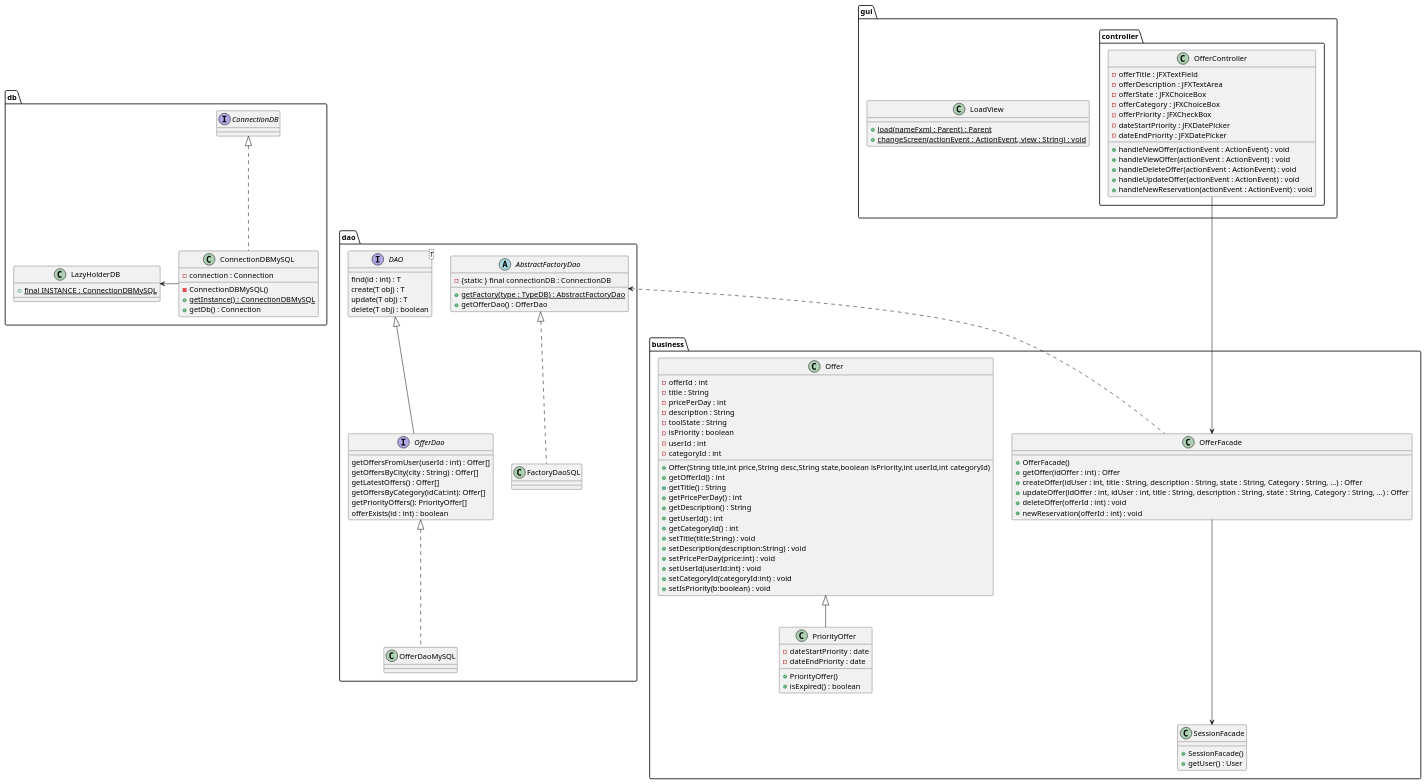
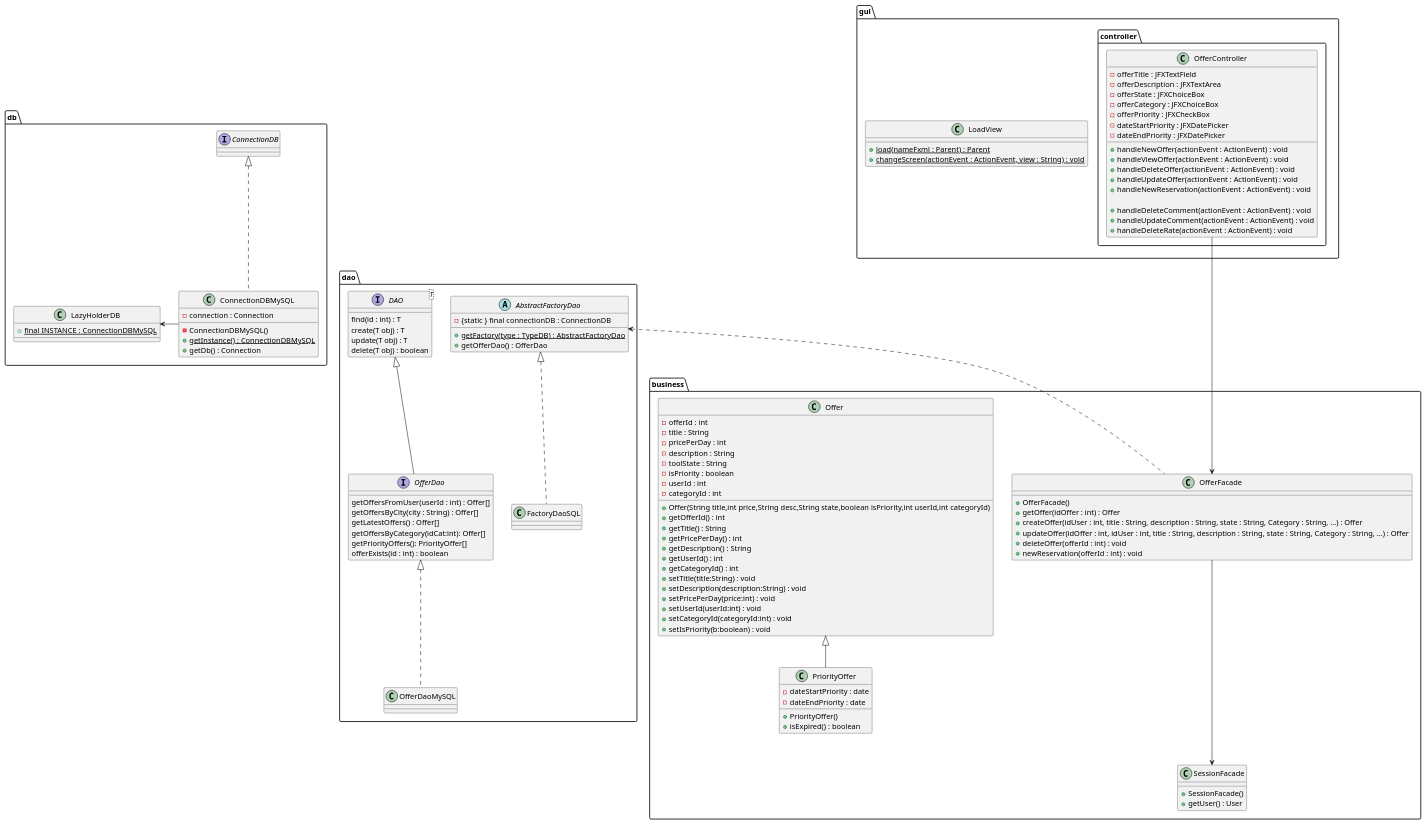
The diagram in documents/diagram/offer/offerClass.puml (LaunoisRemy/ToolShare), drawn with PlantUML before and after one commit. The commit also changed 1 other file, not shown here.

Commit message:
UML : handleDelete/Update rate/comment

```diff
--- a/documents/diagram/offer/offerClass.puml
+++ b/documents/diagram/offer/offerClass.puml
@@ -1,136 +1,140 @@
 @startuml
 
 package dao {
 
 
     interface OfferDao{
         getOffersFromUser(userId : int) : Offer[]
         getOffersByCity(city : String) : Offer[]
         getLatestOffers() : Offer[]
         getOffersByCategory(idCat:int): Offer[]
         getPriorityOffers(): PriorityOffer[]
         offerExists(id : int) : boolean
     }
     class OfferDaoMySQL
     FactoryDaoSQL .up.|> AbstractFactoryDao
     OfferDaoMySQL .up.|> OfferDao
 
 
     interface DAO<T>{
         find(id : int) : T
         create(T obj) : T
         update(T obj) : T
         delete(T obj) : boolean
     }
 
     abstract AbstractFactoryDao{
         - {static } final connectionDB : ConnectionDB
         + {static} getFactory(type : TypeDB) : AbstractFactoryDao
         + getOfferDao() : OfferDao
     }
 
     class FactoryDaoSQL{
     }
 
 
     DAO <|-- OfferDao
 }
 package db{
     class ConnectionDBMySQL{
         - connection : Connection
         - ConnectionDBMySQL()
         + {static} getInstance() : ConnectionDBMySQL
         + getDb() : Connection
     }
 
     class LazyHolderDB{
         + {static} final INSTANCE : ConnectionDBMySQL
     }
     interface ConnectionDB
     ConnectionDBMySQL -Left-> LazyHolderDB
     ConnectionDBMySQL .up.|> ConnectionDB
 
 }
 package business{
     class SessionFacade{
         + SessionFacade()
         + getUser() : User
     }
 
     class Offer{
         -offerId : int
         -title : String
         -pricePerDay : int
         -description : String
         -toolState : String
         -isPriority : boolean
         -userId : int
         -categoryId : int
         + Offer(String title,int price,String desc,String state,boolean isPriority,int userId,int categoryId)
         + getOfferId() : int
         + getTitle() : String
         + getPricePerDay() : int
         + getDescription() : String
         + getUserId() : int
         + getCategoryId() : int
         + setTitle(title:String) : void
         + setDescription(description:String) : void
         + setPricePerDay(price:int) : void
         + setUserId(userId:int) : void
         + setCategoryId(categoryId:int) : void
         + setIsPriority(b:boolean) : void
     }
 
     class PriorityOffer{
         -dateStartPriority : date
         -dateEndPriority : date
         +PriorityOffer()
         +isExpired() : boolean
     }
     class OfferFacade{
         + OfferFacade()
         + getOffer(idOffer : int) : Offer
         + createOffer(idUser : int, title : String, description : String, state : String, Category : String, ...) : Offer
         + updateOffer(idOffer : int, idUser : int, title : String, description : String, state : String, Category : String, ...) : Offer
         + deleteOffer(offerId : int) : void
         + newReservation(offerId : int) : void
     }
 
         Offer <|-- PriorityOffer
 
 
 }
 
 package gui{
 
     class LoadView{
         + {static} load(nameFxml : Parent) : Parent
         + {static} changeScreen(actionEvent : ActionEvent, view : String) : void
     }
 
     package controller{
         class OfferController{
             -offerTitle : JFXTextField
             -offerDescription : JFXTextArea
             -offerState : JFXChoiceBox
             -offerCategory : JFXChoiceBox
             -offerPriority : JFXCheckBox
             -dateStartPriority : JFXDatePicker
             -dateEndPriority : JFXDatePicker
             + handleNewOffer(actionEvent : ActionEvent) : void
             + handleViewOffer(actionEvent : ActionEvent) : void
             + handleDeleteOffer(actionEvent : ActionEvent) : void
             + handleUpdateOffer(actionEvent : ActionEvent) : void
             + handleNewReservation(actionEvent : ActionEvent) : void
 
+            + handleDeleteComment(actionEvent : ActionEvent) : void
+            + handleUpdateComment(actionEvent : ActionEvent) : void
+            + handleDeleteRate(actionEvent : ActionEvent) : void
+
         }
 
     }
 }
 OfferFacade <--Up- OfferController
 SessionFacade <--Up- OfferFacade
 OfferFacade .Up.> AbstractFactoryDao
 
 
 
 @enduml
```
